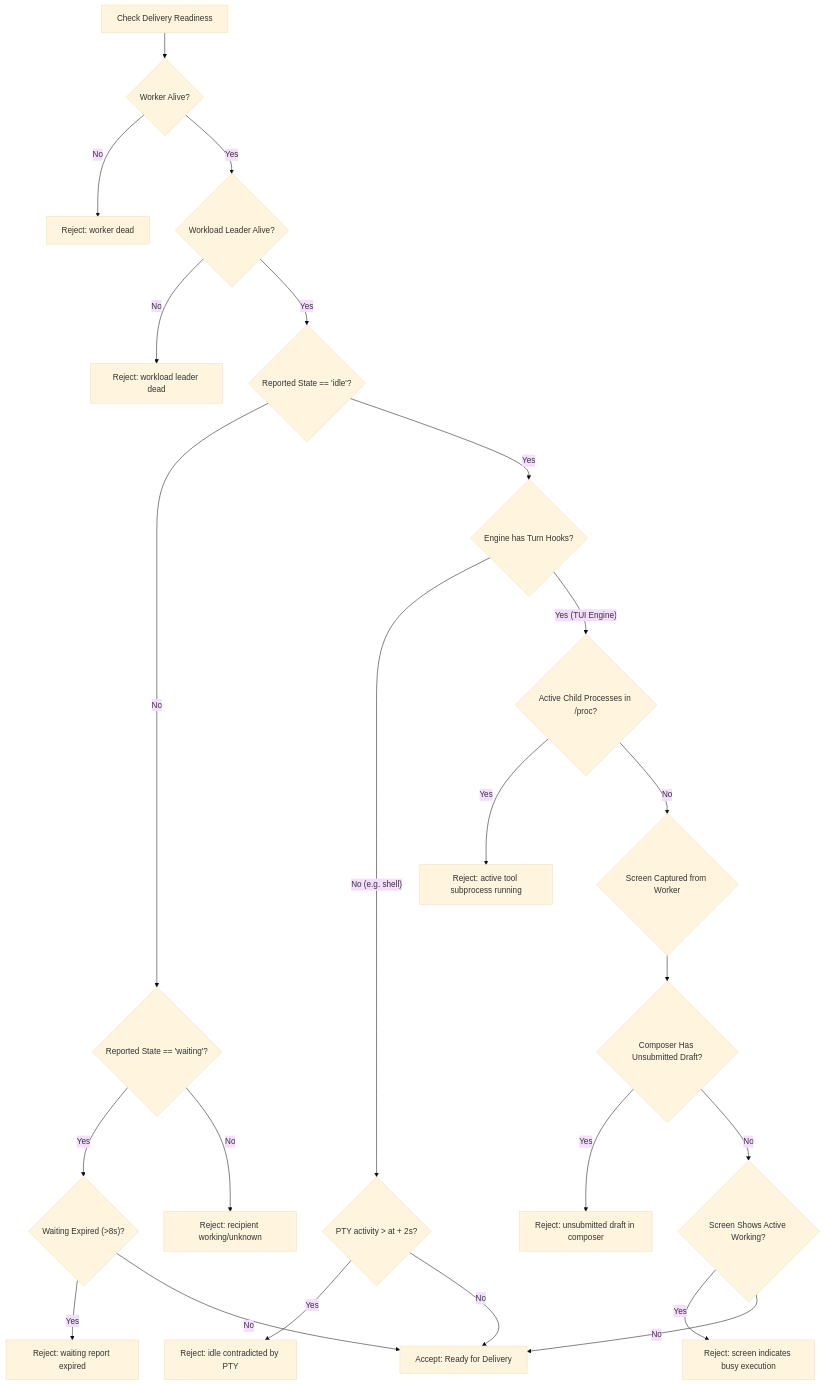
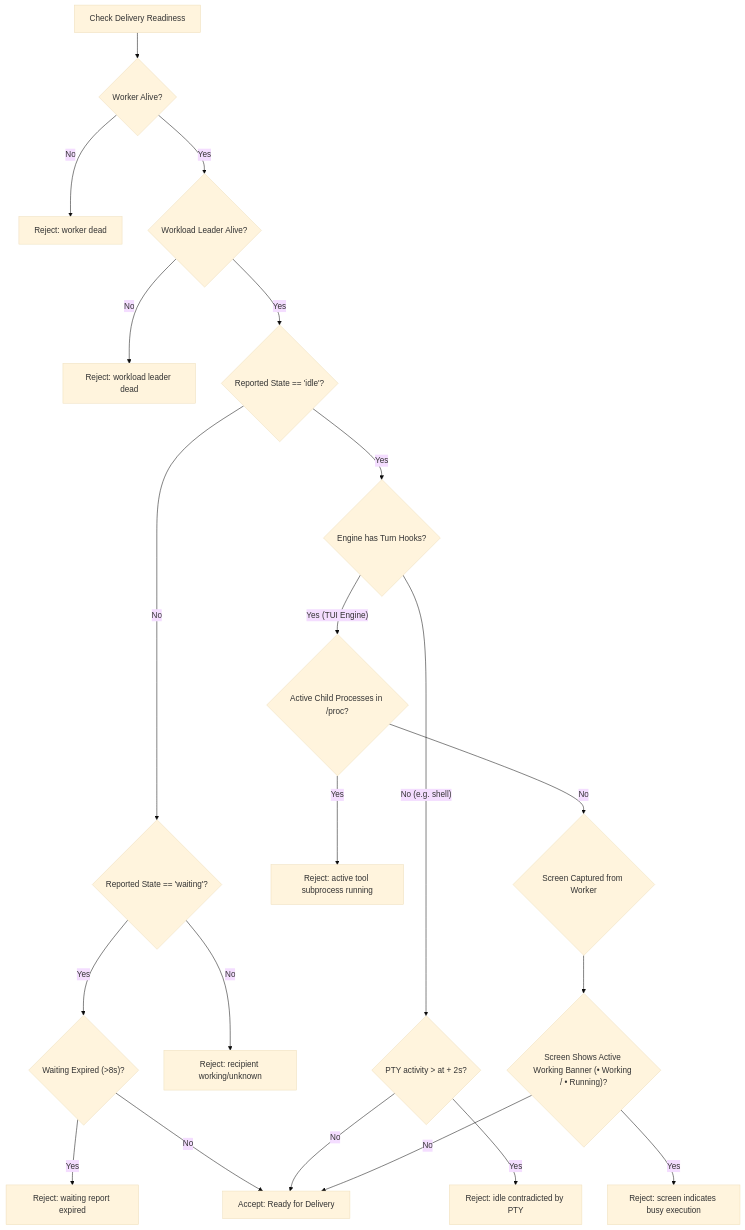
Before and after one commit to alexeygrigorev/cloudflare-agent-git: the diagram in research/antigravity/recovery/READINESS-PRODUCER-REPAIR-REPORT.md, drawn with Mermaid (base theme). The commit also changed other lines of this file, not shown here.

Commit message:
docs(readiness): clarify screen banner check and prompt readiness epistemic boundary per C1774

````diff
--- a/research/antigravity/recovery/READINESS-PRODUCER-REPAIR-REPORT.md
+++ b/research/antigravity/recovery/READINESS-PRODUCER-REPAIR-REPORT.md
@@ -234,27 +234,25 @@
 ```mermaid
 flowchart TD
     Start["Check Delivery Readiness"] --> AliveCheck{"Worker Alive?"}
     AliveCheck -- No --> RejectWorker["Reject: worker dead"]
     AliveCheck -- Yes --> LeaderCheck{"Workload Leader Alive?"}
     LeaderCheck -- No --> RejectLeader["Reject: workload leader dead"]
     LeaderCheck -- Yes --> HookCheck{"Reported State == 'idle'?"}
     HookCheck -- No --> CheckWaiting{"Reported State == 'waiting'?"}
     CheckWaiting -- Yes --> TTLCheck{"Waiting Expired (>8s)?"}
     TTLCheck -- Yes --> RejectExpired["Reject: waiting report expired"]
     TTLCheck -- No --> AcceptReady["Accept: Ready for Delivery"]
     CheckWaiting -- No --> RejectNotIdle["Reject: recipient working/unknown"]
     
     HookCheck -- Yes --> EngineType{"Engine has Turn Hooks?"}
     EngineType -- "No (e.g. shell)" --> ShellPTY{"PTY activity > at + 2s?"}
     ShellPTY -- Yes --> RejectContradict["Reject: idle contradicted by PTY"]
     ShellPTY -- No --> AcceptReady
     
     EngineType -- "Yes (TUI Engine)" --> ChildCheck{"Active Child Processes in /proc?"}
     ChildCheck -- Yes --> RejectChildBusy["Reject: active tool subprocess running"]
     ChildCheck -- No --> ScreenCheck{"Screen Captured from Worker"}
-    ScreenCheck --> DraftCheck{"Composer Has Unsubmitted Draft?"}
-    DraftCheck -- Yes --> RejectDraft["Reject: unsubmitted draft in composer"]
-    DraftCheck -- No --> WorkingScreen{"Screen Shows Active Working?"}
+    ScreenCheck --> WorkingScreen{"Screen Shows Active Working Banner (• Working / • Running)?"}
     WorkingScreen -- Yes --> RejectScreenBusy["Reject: screen indicates busy execution"]
     WorkingScreen -- No --> AcceptReady
 ```
````
